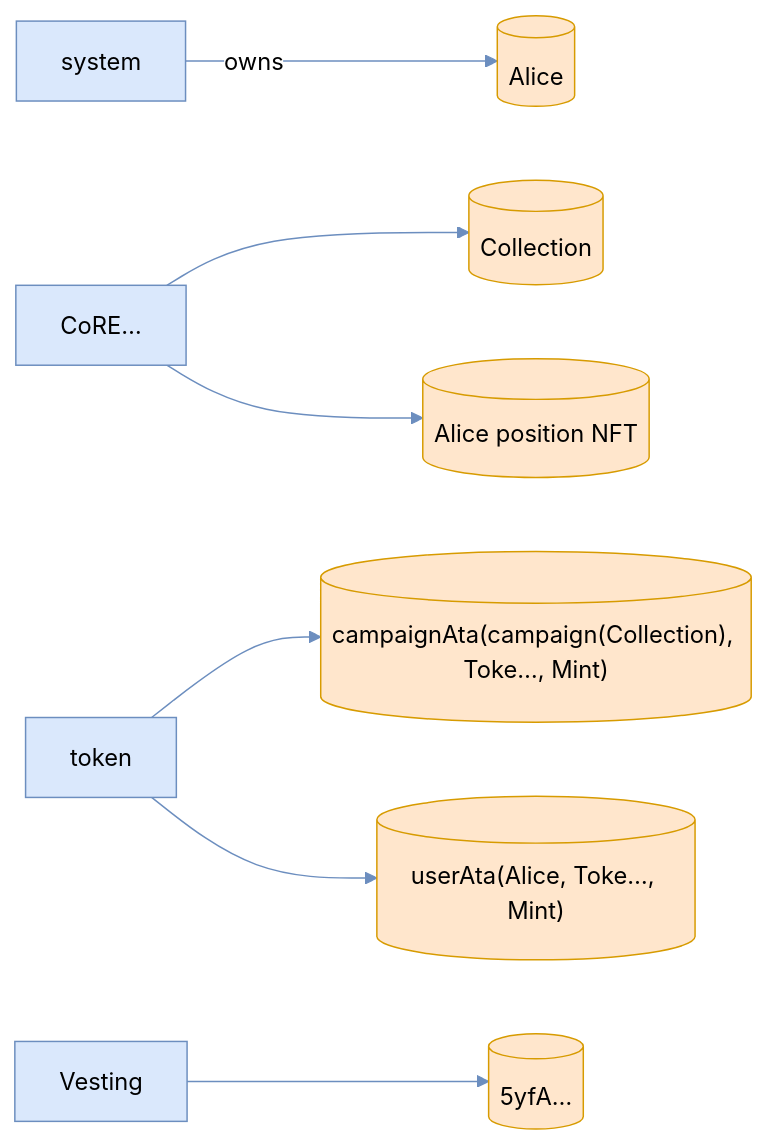
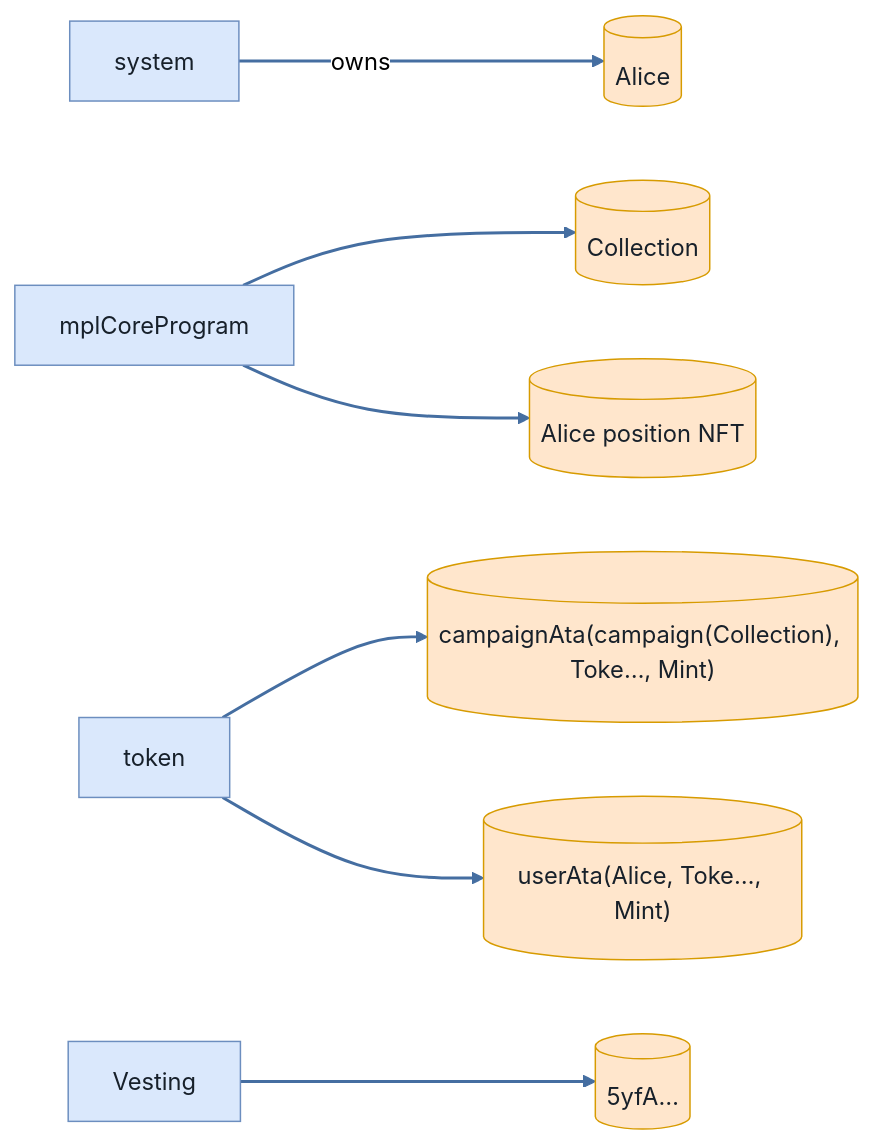
Before and after one commit to cds-turbin3/vesting-position: the ninth of 36 diagrams in babelfish-tests/test-report/full_lifecycle.md, drawn with Mermaid (neutral theme). The commit also changed other lines of this file and 106 other files, not shown here.

````diff
--- a/babelfish-tests/test-report/full_lifecycle.md
+++ b/babelfish-tests/test-report/full_lifecycle.md
@@ -486,23 +484,23 @@
 ```mermaid
 flowchart LR
     system["system"]:::program
     Alice[("Alice")]:::state
-    CoRE["CoRE…"]:::program
+    mplCoreProgram["mplCoreProgram"]:::program
     Collection[("Collection")]:::state
     token["token"]:::program
     campaignAtacampaignCollectionTokeMint[("campaignAta(campaign(Collection), Toke…, Mint)")]:::state
     userAtaAliceTokeMint[("userAta(Alice, Toke…, Mint)")]:::state
     AlicepositionNFT[("Alice position NFT")]:::state
     Vesting["Vesting"]:::program
     n5yfA[("5yfA…")]:::state
     system -->|owns| Alice
-    CoRE --> Collection
+    mplCoreProgram --> Collection
     token --> campaignAtacampaignCollectionTokeMint
     token --> userAtaAliceTokeMint
-    CoRE --> AlicepositionNFT
+    mplCoreProgram --> AlicepositionNFT
     Vesting --> n5yfA
-    classDef program fill:#dae8fc,stroke:#6c8ebf;
-    classDef signer fill:#d5e8d4,stroke:#82b366;
-    classDef state fill:#ffe6cc,stroke:#d79b00;
-    linkStyle 0,1,2,3,4,5 stroke:#6c8ebf
+    classDef program fill:#dae8fc,stroke:#6c8ebf,color:#17202a;
+    classDef signer fill:#d5e8d4,stroke:#82b366,color:#17202a;
+    classDef state fill:#ffe6cc,stroke:#d79b00,color:#17202a;
+    linkStyle 0,1,2,3,4,5 stroke:#456ea1,stroke-width:2px
 ```
````
